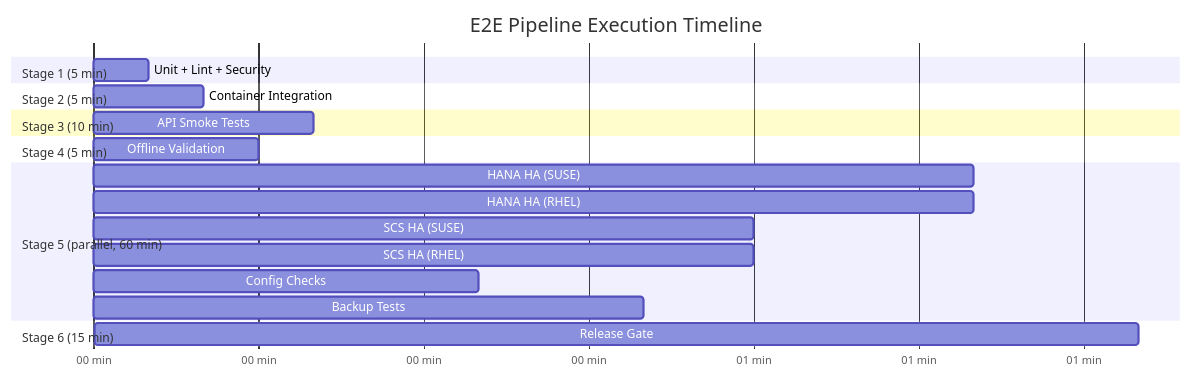
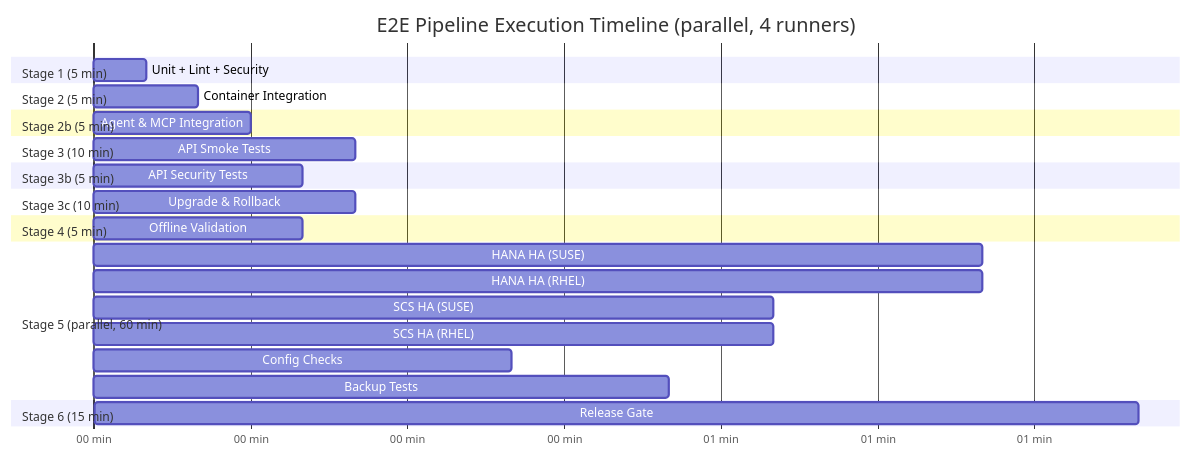
Before and after one commit to devanshjainms/sap-automation-qa: the fifth of 7 diagrams in docs/PRD_E2E_TESTING.md, drawn with Mermaid. The commit also changed other lines of this file, not shown here.

````diff
--- a/docs/PRD_E2E_TESTING.md
+++ b/docs/PRD_E2E_TESTING.md
@@ -859,29 +1199,38 @@
 ```mermaid
 gantt
-    title E2E Pipeline Execution Timeline
+    title E2E Pipeline Execution Timeline (parallel, 4 runners)
     dateFormat X
     axisFormat %M min
 
     section Stage 1 (5 min)
     Unit + Lint + Security    :s1, 0, 5
 
     section Stage 2 (5 min)
     Container Integration     :s2, 5, 10
 
+    section Stage 2b (5 min)
+    Agent & MCP Integration   :s2b, 10, 15
+
     section Stage 3 (10 min)
-    API Smoke Tests           :s3, 10, 20
+    API Smoke Tests           :s3, 15, 25
+
+    section Stage 3b (5 min)
+    API Security Tests        :s3b, 15, 20
+
+    section Stage 3c (10 min)
+    Upgrade & Rollback        :s3c, 15, 25
 
     section Stage 4 (5 min)
-    Offline Validation        :s4, 10, 15
+    Offline Validation        :s4, 15, 20
 
     section Stage 5 (parallel, 60 min)
-    HANA HA (SUSE)           :s5a, 20, 80
-    HANA HA (RHEL)           :s5b, 20, 80
-    SCS HA (SUSE)            :s5c, 20, 60
-    SCS HA (RHEL)            :s5d, 20, 60
-    Config Checks            :s5e, 20, 35
-    Backup Tests             :s5f, 20, 50
+    HANA HA (SUSE)           :s5a, 25, 85
+    HANA HA (RHEL)           :s5b, 25, 85
+    SCS HA (SUSE)            :s5c, 25, 65
+    SCS HA (RHEL)            :s5d, 25, 65
+    Config Checks            :s5e, 25, 40
+    Backup Tests             :s5f, 25, 55
 
     section Stage 6 (15 min)
-    Release Gate             :s6, 80, 95
+    Release Gate             :s6, 85, 100
 ```
````
